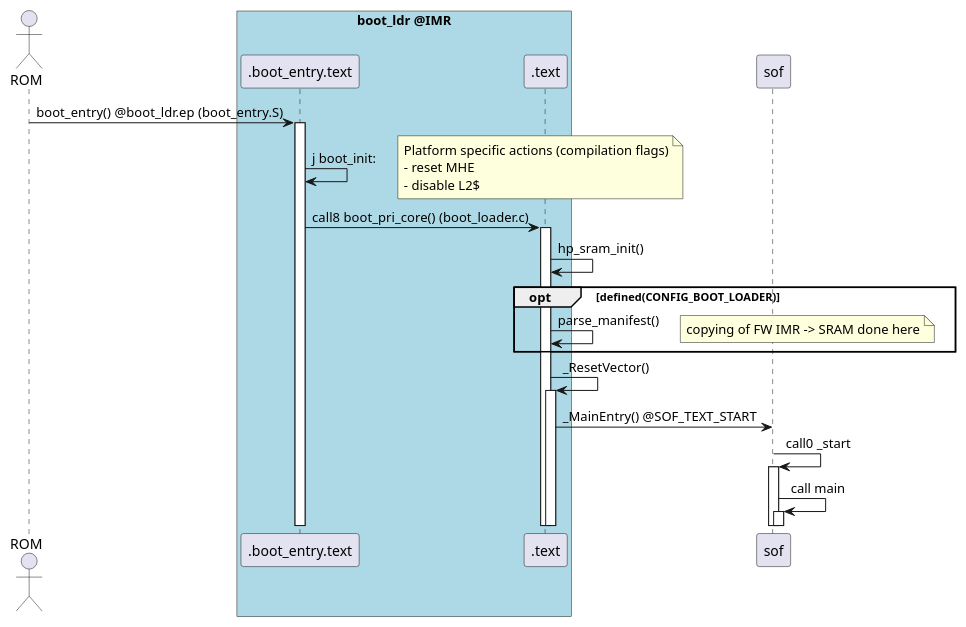
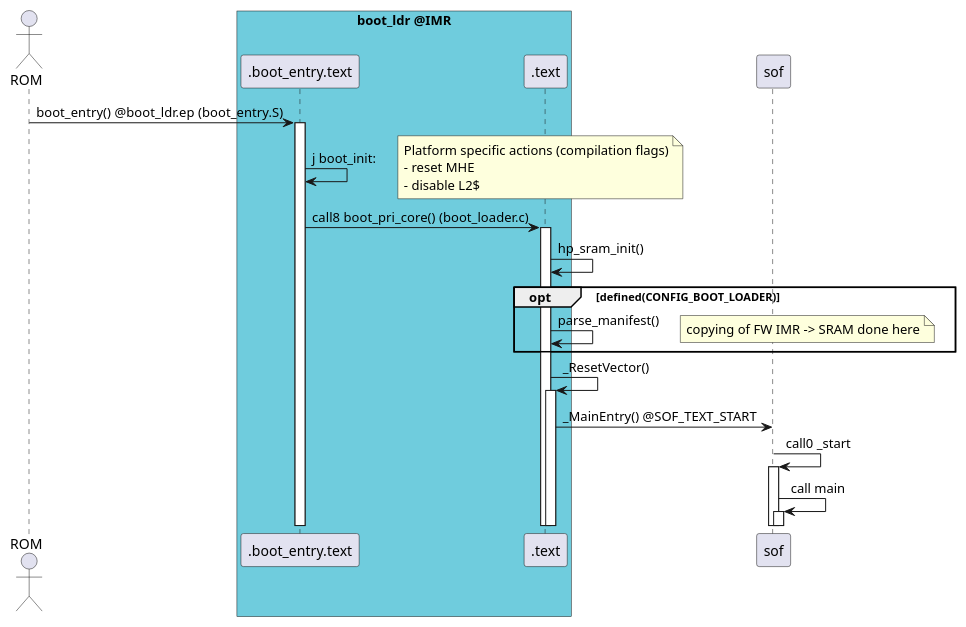
One commit to thesofproject/sof-docs changed the diagram in getting_started/cavs-boot/images/boot-ldr-flow.pu. Above: the diagram before and after it, drawn with PlantUML. The commit also changed 2 other files, not shown here.

Commit message:
doc: plantuml diagrams use official color palette

```diff
--- a/getting_started/cavs-boot/images/boot-ldr-flow.pu
+++ b/getting_started/cavs-boot/images/boot-ldr-flow.pu
@@ -1,28 +1,28 @@
 actor "ROM" as rom
-box "boot_ldr @IMR" #LightBlue
+box "boot_ldr @IMR" #6fccdd
 	participant ".boot_entry.text" as bup_be
 	participant ".text" as bup
 end box
 participant "sof" as fw
 
 rom -> bup_be : boot_entry() @boot_ldr.ep (boot_entry.S)
 	activate bup_be
 	bup_be -> bup_be : j boot_init:
 	note right: Platform specific actions (compilation flags)\n\
 - reset MHE\n\
 - disable L2$
 	bup_be -> bup : call8 boot_pri_core() (boot_loader.c)
 		activate bup
 		bup -> bup : hp_sram_init()
 		opt defined(CONFIG_BOOT_LOADER)
 			bup -> bup : parse_manifest()
 			note right: copying of FW IMR -> SRAM done here
 		end
 
 	bup -> bup : _ResetVector()
 		activate bup
 		bup -> fw : _MainEntry() @SOF_TEXT_START
 			fw -> fw : call0 _start
 				activate fw
 				fw -> fw : call main
 					activate fw
```
